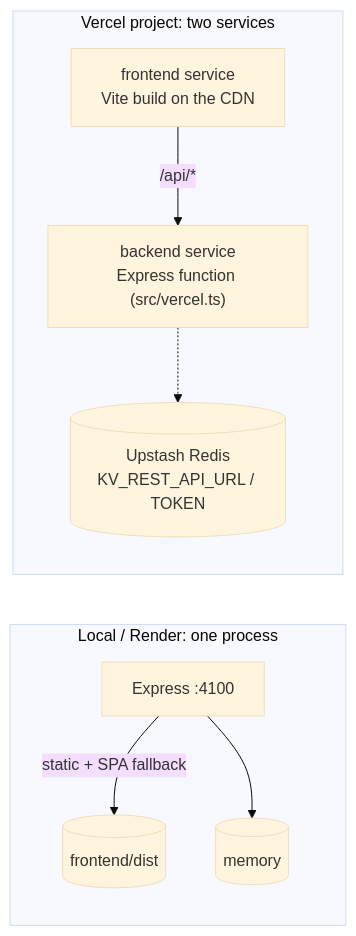
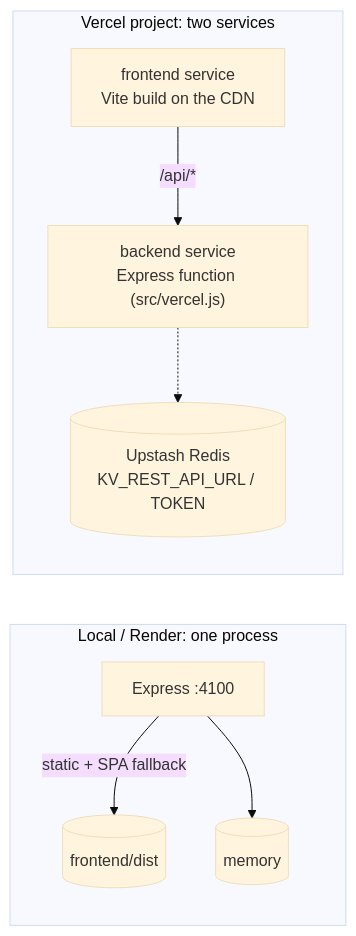
The sixth of 6 diagrams in docs/ARCHITECTURE.md (someone1709/404owasp), drawn with Mermaid (base theme) before and after one commit. The commit also changed other lines of this file and 116 other files, not shown here.

````diff
--- a/docs/ARCHITECTURE.md
+++ b/docs/ARCHITECTURE.md
@@ -216,18 +216,18 @@
 ```mermaid
 flowchart LR
   subgraph Local["Local / Render: one process"]
     EXP["Express :4100"]
     DIST[("frontend/dist")]
     MEM[("memory")]
     EXP -- "static + SPA fallback" --> DIST
     EXP --> MEM
   end
 
   subgraph Vercel["Vercel project: two services"]
     CDN["frontend service<br/>Vite build on the CDN"]
-    FN["backend service<br/>Express function (src/vercel.ts)"]
+    FN["backend service<br/>Express function (src/vercel.js)"]
     RED[("Upstash Redis<br/>KV_REST_API_URL / TOKEN")]
     CDN -- "/api/*" --> FN
     FN -.-> RED
   end
 ```
````
